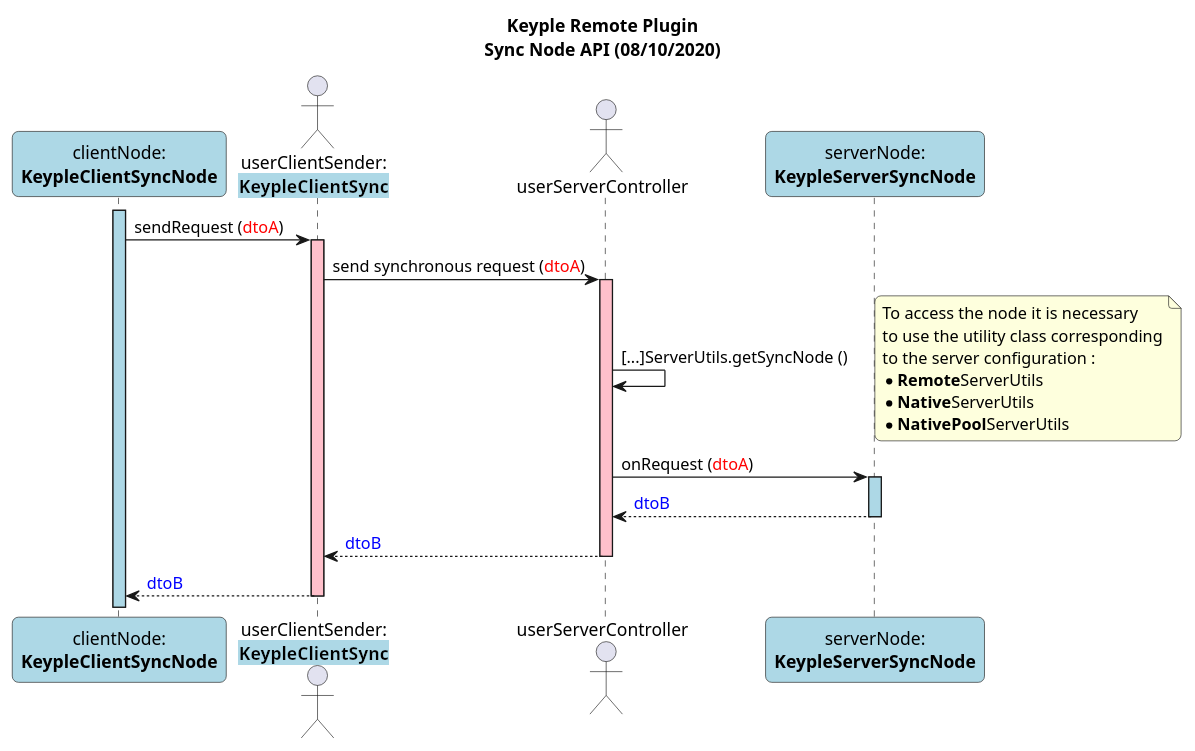
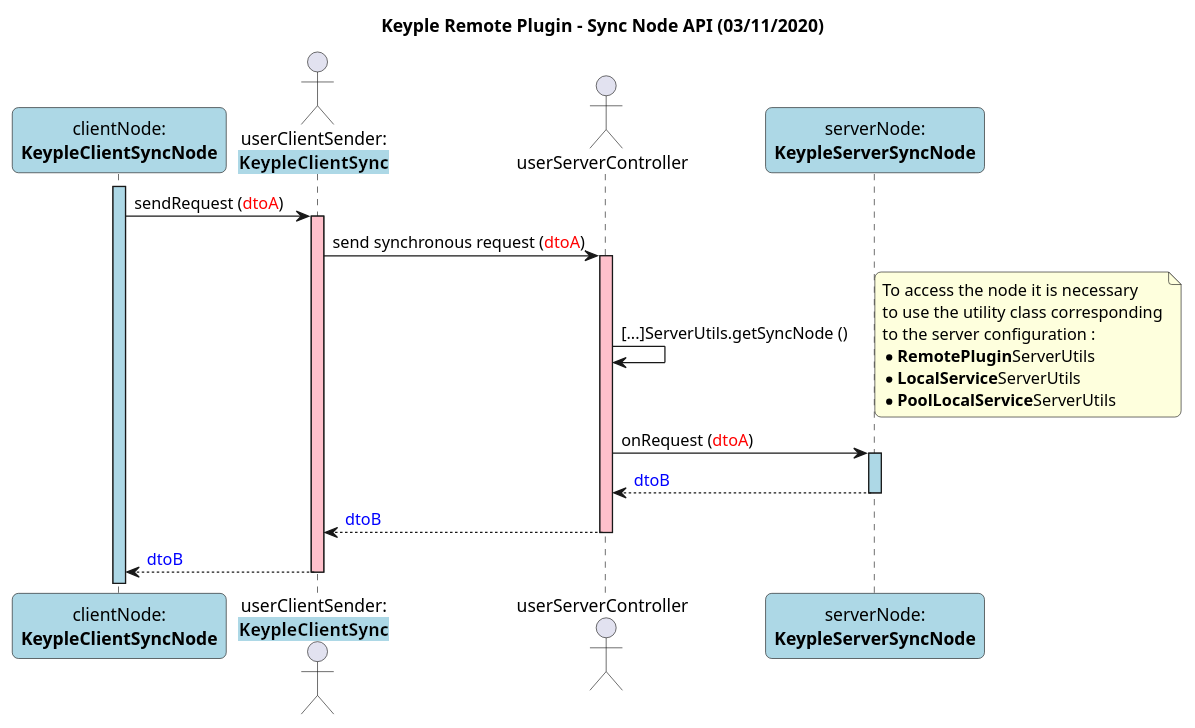
One commit to yvonneyam/keyple-website changed the diagram in media/remote-plugin/sequence/Remote_Sequence_SyncNode_API.puml. Above: the diagram before and after it, drawn with PlantUML. The commit also changed 28 other files, not shown here.

```diff
--- a/media/remote-plugin/sequence/Remote_Sequence_SyncNode_API.puml
+++ b/media/remote-plugin/sequence/Remote_Sequence_SyncNode_API.puml
@@ -1,43 +1,42 @@
 @startuml
 
 title
-    Keyple Remote Plugin
-    Sync Node API (08/10/2020)
+    Keyple Remote Plugin - Sync Node API (03/11/2020)
 end title
 
 ' == THEME ==
 
 skinparam Shadowing false
 skinparam RoundCorner 10
 
 ' == CONTENT ==
 
 participant "clientNode:\n**KeypleClientSyncNode**" as clientNode #LightBlue
 actor "userClientSender:\n**<back:LightBlue>KeypleClientSync**" as userClientSender
 
 actor "userServerController" as userServerController
 participant "serverNode:\n**KeypleServerSyncNode**" as serverNode #LightBlue
 
 activate clientNode #LightBlue
 clientNode -> userClientSender : sendRequest (<color:red>dtoA</color>)
 activate userClientSender #Pink
 userClientSender -> userServerController : send synchronous request (<color:red>dtoA</color>)
 
 activate userServerController #Pink
 userServerController -> userServerController : [...]ServerUtils.getSyncNode ()
 note right
     To access the node it is necessary
     to use the utility class corresponding
     to the server configuration :
-    * **Remote**ServerUtils
-    * **Native**ServerUtils
-    * **NativePool**ServerUtils
+    * **RemotePlugin**ServerUtils
+    * **LocalService**ServerUtils
+    * **PoolLocalService**ServerUtils
 end note
 userServerController -> serverNode : onRequest (<color:red>dtoA</color>)
 activate serverNode #LightBlue
 return <color:blue>dtoB</color>
 return <color:blue>dtoB</color>
 return <color:blue>dtoB</color>
 
 
 @enduml
```
